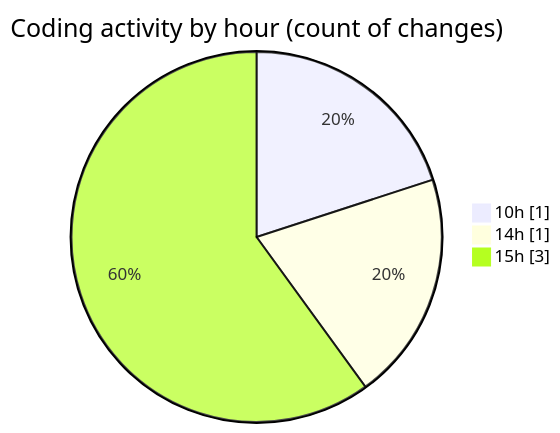
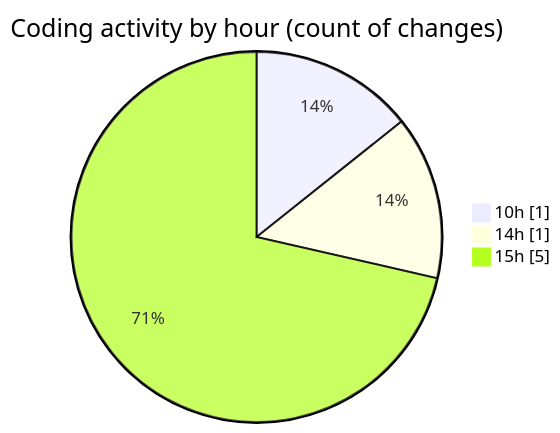
The second of 2 diagrams in 2026-07-14/cilapp/README.md (ricardozamudiocil/code-tracking), drawn with Mermaid before and after one commit. The commit also changed other lines of this file and 1 other file, not shown here.

````diff
--- a/2026-07-14/cilapp/README.md
+++ b/2026-07-14/cilapp/README.md
@@ -31,7 +32,7 @@
 ```mermaid
 pie showData
 title Coding activity by hour (count of changes)
 "10h" : 1
 "14h" : 1
-"15h" : 3
+"15h" : 5
 ```
````
